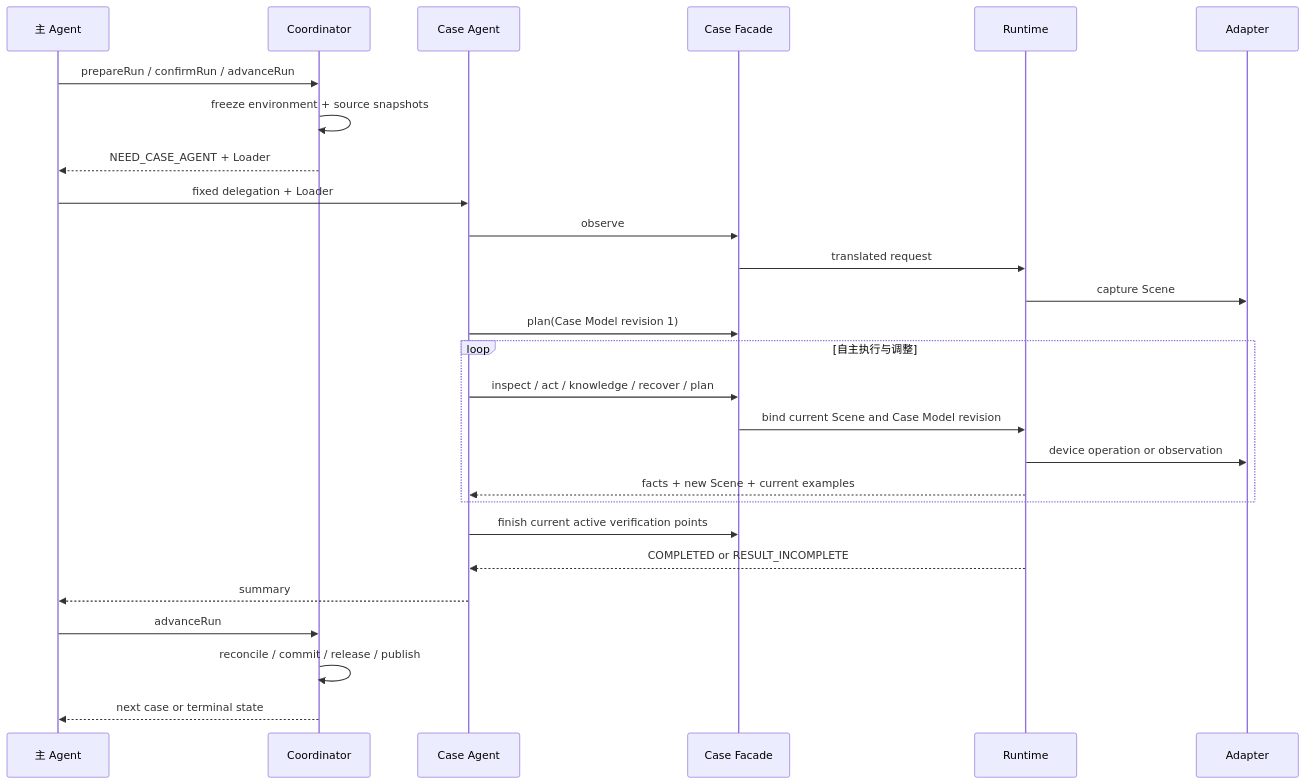
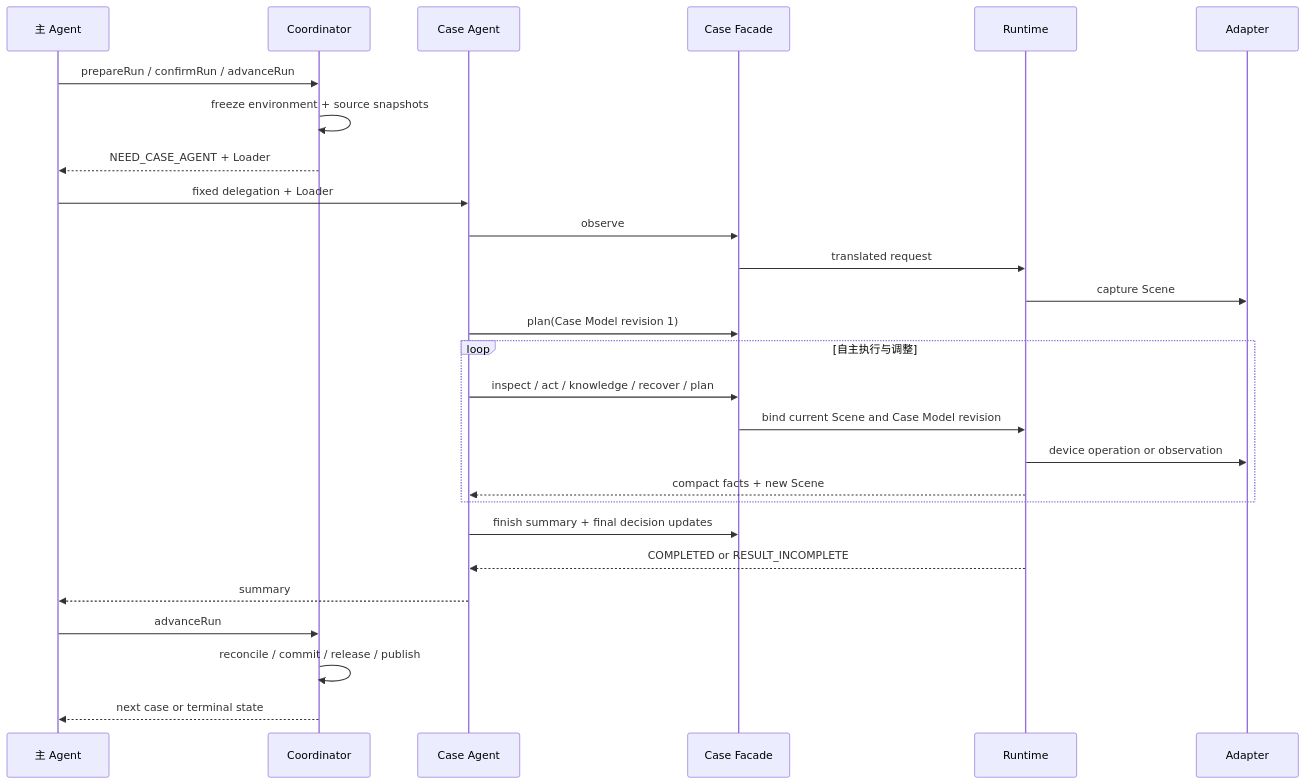
One commit to lianghuihui-plus/DevKit changed the second of 2 diagrams in skills/mobile-ai-visual-test/docs/architecture.md. Above: the diagram before and after it, drawn with Mermaid. The commit also changed other lines of this file and 94 other files, not shown here.

````diff
--- a/skills/mobile-ai-visual-test/docs/architecture.md
+++ b/skills/mobile-ai-visual-test/docs/architecture.md
@@ -77,30 +77,30 @@
 ```mermaid
 sequenceDiagram
   participant M as 主 Agent
   participant C as Coordinator
   participant A as Case Agent
   participant F as Case Facade
   participant R as Runtime
   participant D as Adapter
 
   M->>C: prepareRun / confirmRun / advanceRun
   C->>C: freeze environment + source snapshots
   C-->>M: NEED_CASE_AGENT + Loader
   M->>A: fixed delegation + Loader
   A->>F: observe
   F->>R: translated request
   R->>D: capture Scene
   A->>F: plan(Case Model revision 1)
   loop 自主执行与调整
     A->>F: inspect / act / knowledge / recover / plan
     F->>R: bind current Scene and Case Model revision
     R->>D: device operation or observation
-    R-->>A: facts + new Scene + current examples
+    R-->>A: compact facts + new Scene
   end
-  A->>F: finish current active verification points
+  A->>F: finish summary + final decision updates
   R-->>A: COMPLETED or RESULT_INCOMPLETE
   A-->>M: summary
   M->>C: advanceRun
   C->>C: reconcile / commit / release / publish
   C-->>M: next case or terminal state
 ```
````
